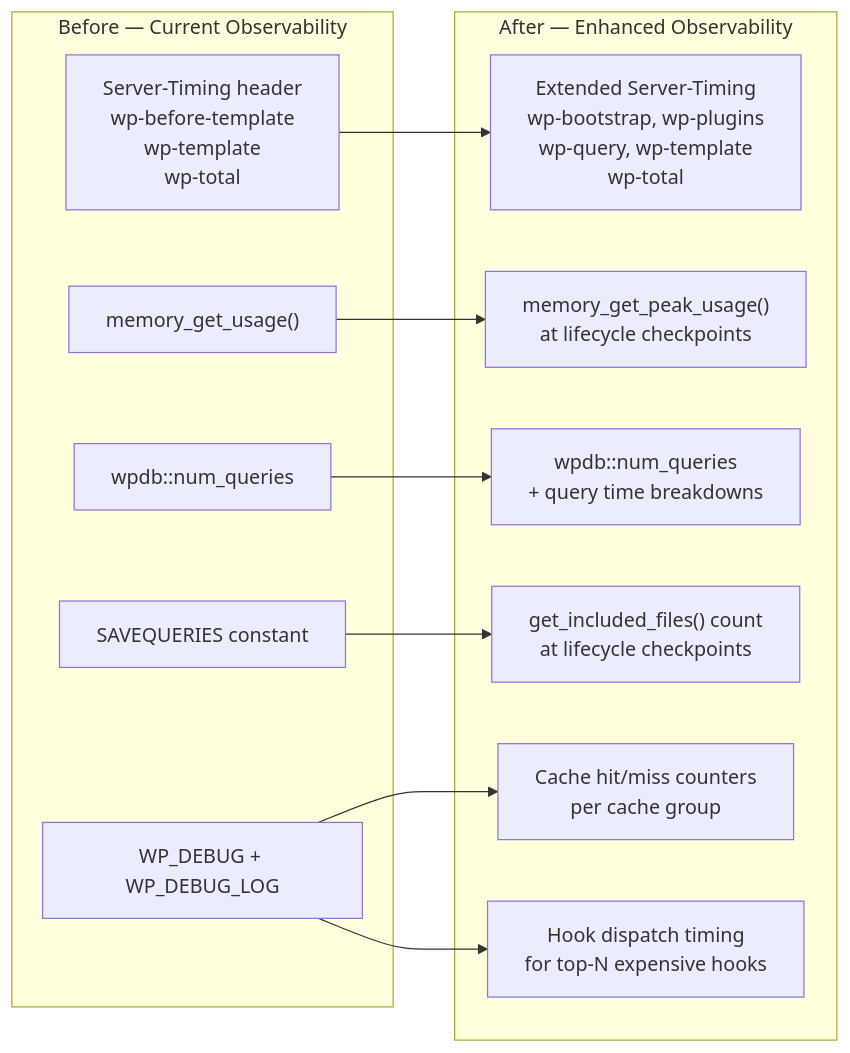
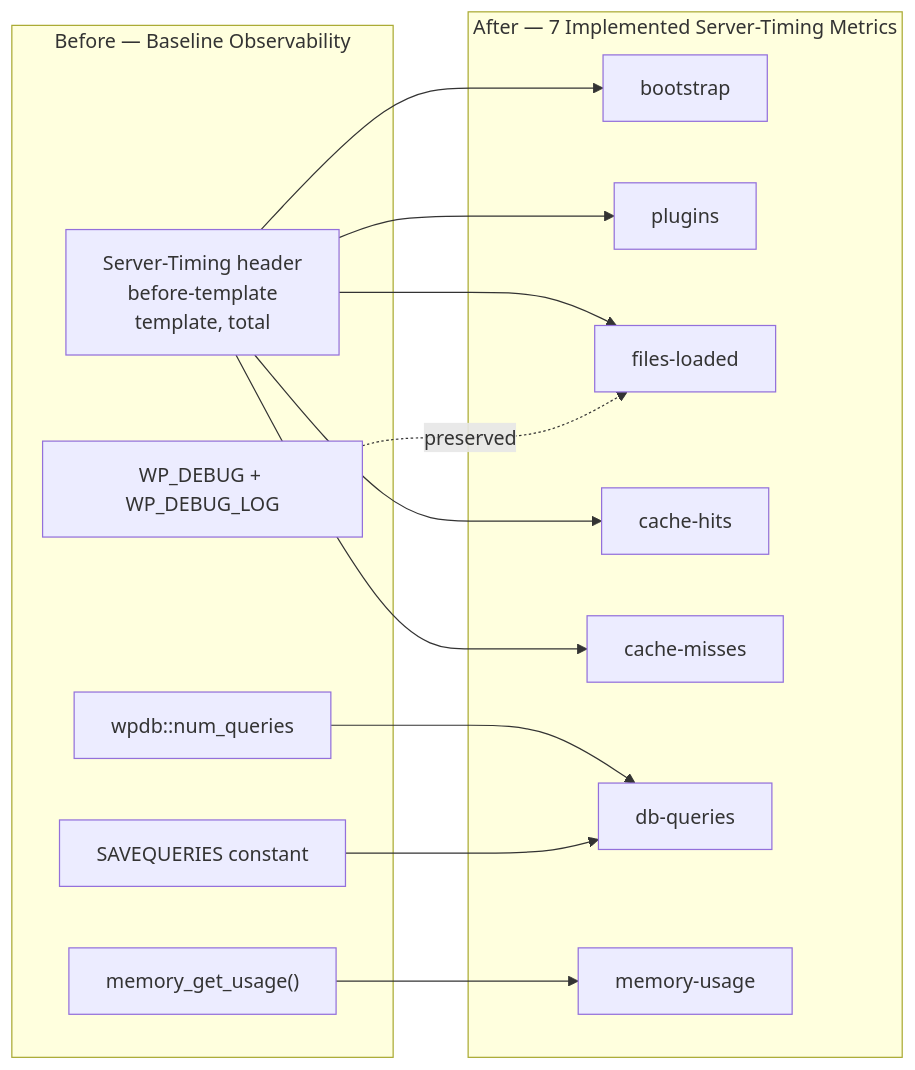
One commit to Blitzy-Sandbox/blitzy-wordpress changed the fourth of 6 diagrams in docs/technical-specifications.md. Above: the diagram before and after it, drawn with Mermaid. The commit also changed other lines of this file and 17 other files, not shown here.

````diff
--- a/docs/technical-specifications.md
+++ b/docs/technical-specifications.md
@@ -437,26 +484,32 @@
 ```mermaid
 graph LR
-    subgraph BeforeState["Before — Current Observability"]
-        B1["Server-Timing header<br/>wp-before-template<br/>wp-template<br/>wp-total"]
+    %% LEGEND: left subgraph = BEFORE (baseline signals); right subgraph = AFTER (the 7 implemented Server-Timing metrics).
+    %% Arrows show which baseline signal each implemented metric derives from. Test/development-only; disabled in production by file absence.
+    subgraph BeforeState["Before — Baseline Observability"]
+        B1["Server-Timing header<br/>before-template<br/>template, total"]
         B2["memory_get_usage()"]
         B3["wpdb::num_queries"]
         B4["SAVEQUERIES constant"]
         B5["WP_DEBUG + WP_DEBUG_LOG"]
     end
 
-    subgraph AfterState["After — Enhanced Observability"]
-        A1["Extended Server-Timing<br/>wp-bootstrap, wp-plugins<br/>wp-query, wp-template<br/>wp-total"]
-        A2["memory_get_peak_usage()<br/>at lifecycle checkpoints"]
-        A3["wpdb::num_queries<br/>+ query time breakdowns"]
-        A4["get_included_files() count<br/>at lifecycle checkpoints"]
-        A5["Cache hit/miss counters<br/>per cache group"]
-        A6["Hook dispatch timing<br/>for top-N expensive hooks"]
+    subgraph AfterState["After — 7 Implemented Server-Timing Metrics"]
+        A1["bootstrap"]
+        A2["plugins"]
+        A3["files-loaded"]
+        A4["cache-hits"]
+        A5["cache-misses"]
+        A6["db-queries"]
+        A7["memory-usage"]
     end
 
     B1 --> A1
-    B2 --> A2
-    B3 --> A3
-    B4 --> A4
-    B5 --> A5
-    B5 --> A6
+    B1 --> A2
+    B1 --> A3
+    B1 --> A4
+    B1 --> A5
+    B3 --> A6
+    B4 --> A6
+    B2 --> A7
+    B5 -.preserved.-> A3
 ```
````
